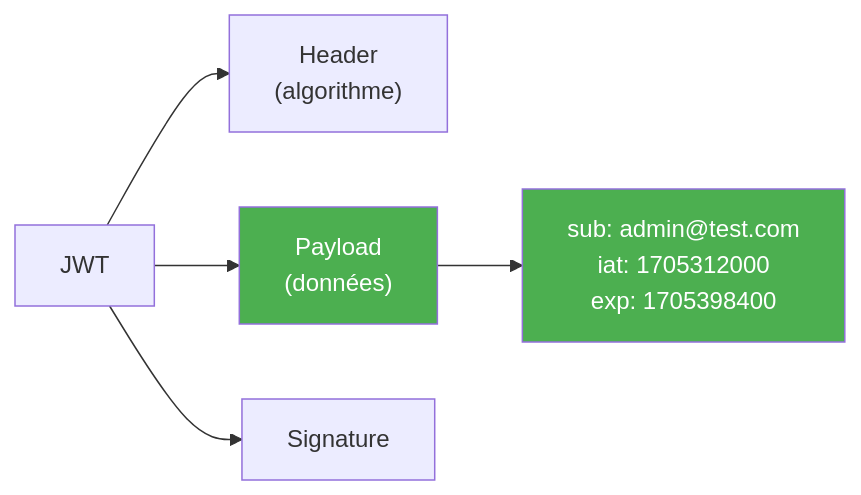
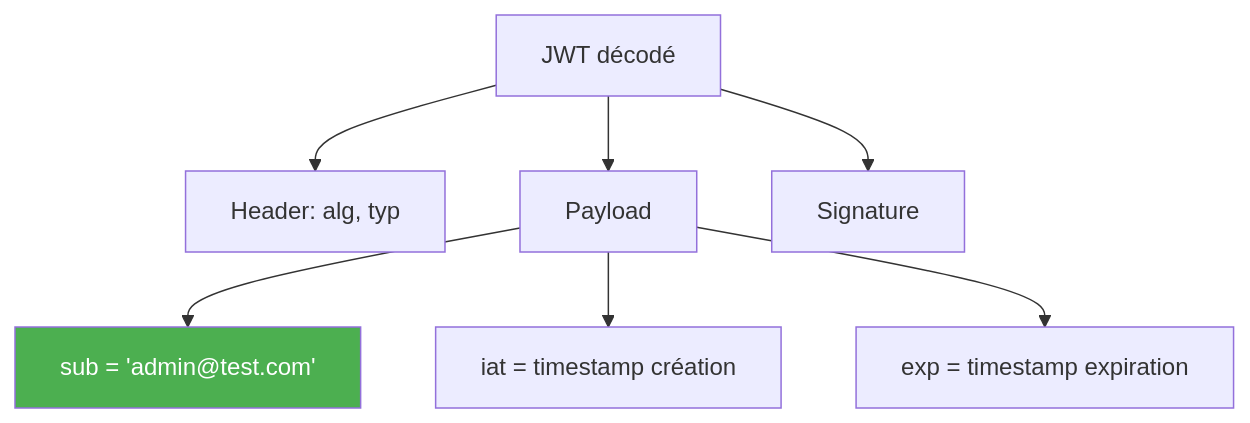
One commit to hrhouma1/inskillflow-docs-formation-spring-boot-projet-e-contact-backend changed the eighth of 20 diagrams in cours/25-exercice-jwtauthfilter.md. Above: the diagram before and after it, drawn with Mermaid. The commit also changed other lines of this file, not shown here.

````diff
--- a/cours/25-exercice-jwtauthfilter.md
+++ b/cours/25-exercice-jwtauthfilter.md
@@ -340,11 +606,13 @@
 ```mermaid
-graph LR
-    A["JWT"] --> B["Header<br/>(algorithme)"]
-    A --> C["Payload<br/>(données)"]
+graph TB
+    A["JWT décodé"]
+    A --> B["Header: alg, typ"]
+    A --> C["Payload"]
     A --> D["Signature"]
     
-    C --> E["sub: admin@test.com<br/>iat: 1705312000<br/>exp: 1705398400"]
+    C --> E["sub = 'admin@test.com'"]
+    C --> F["iat = timestamp création"]
+    C --> G["exp = timestamp expiration"]
     
-    style C fill:#4CAF50,color:#fff
     style E fill:#4CAF50,color:#fff
 ```
````
